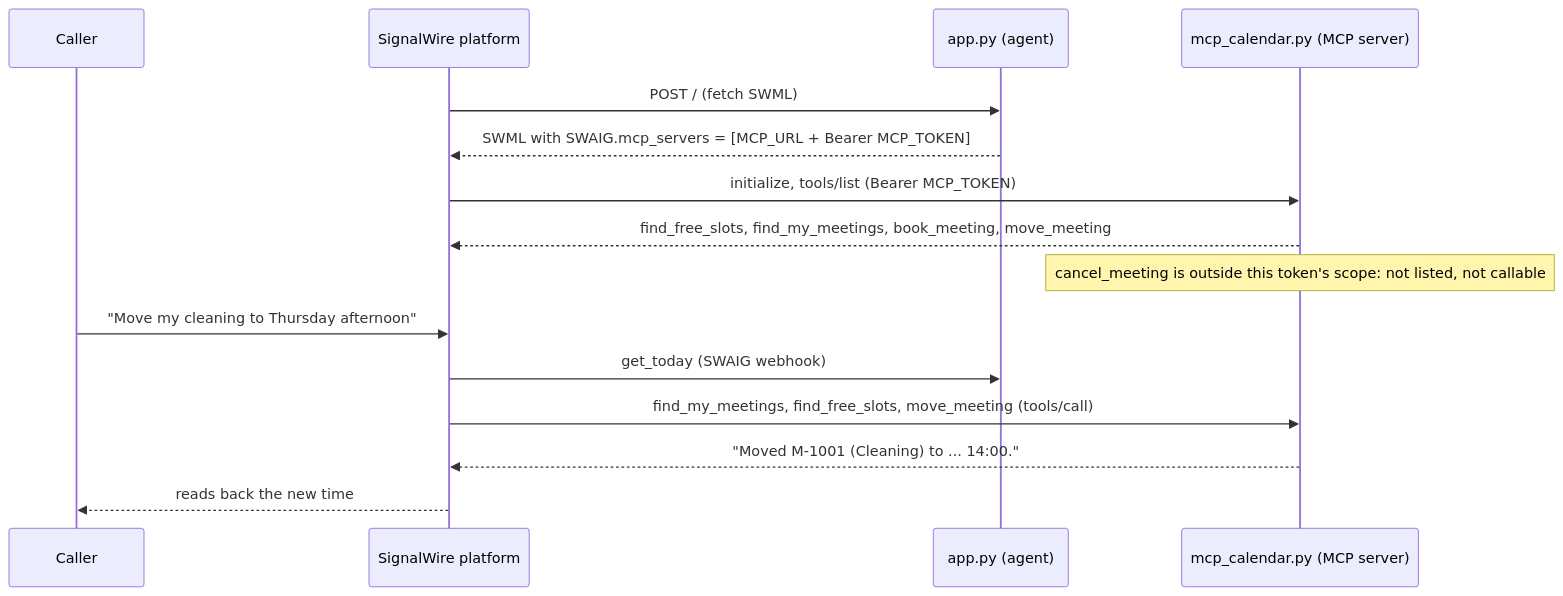
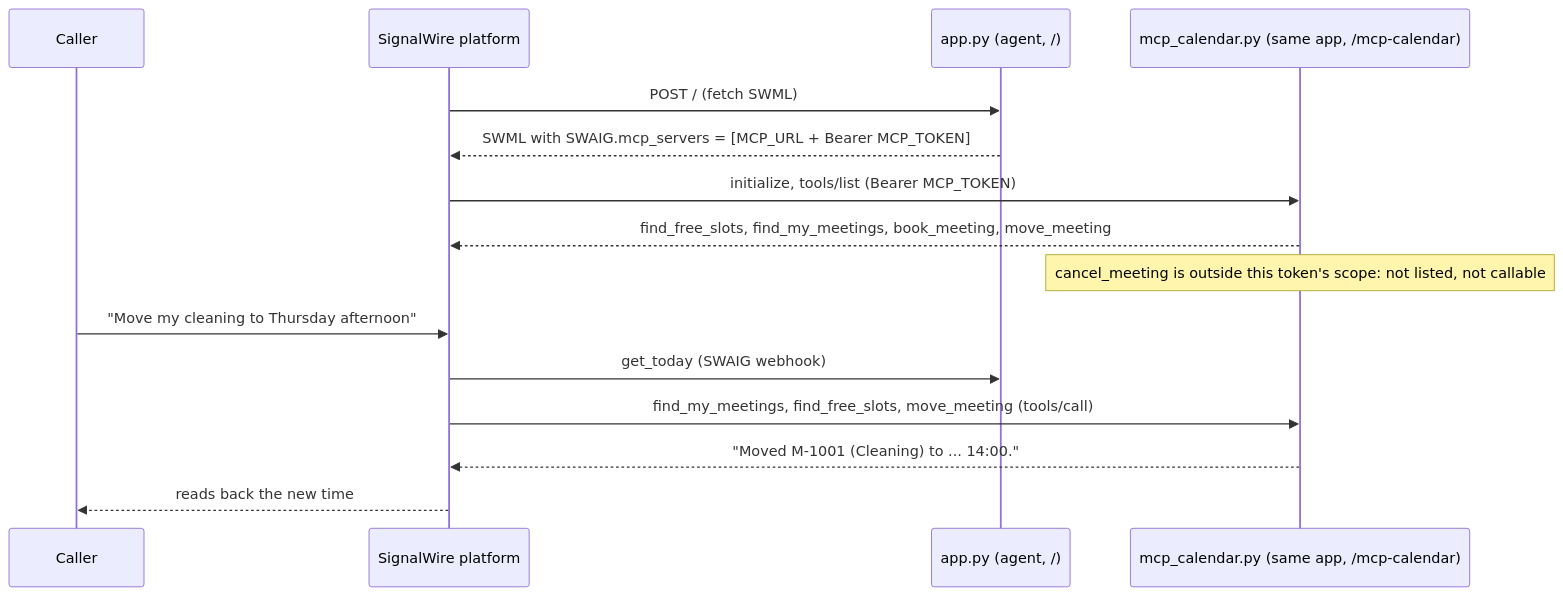
Before and after one commit to signalwire-demos/ai-recipes: the diagram in recipes/30-calendar-assistant-over-mcp/README.md, drawn with Mermaid. The commit also changed other lines of this file and 6 other files, not shown here.

Commit message:
Recipe 30: serve the reference MCP calendar from the agent app at /mcp-calendar; guard get_today loops (#41)

````diff
--- a/recipes/30-calendar-assistant-over-mcp/README.md
+++ b/recipes/30-calendar-assistant-over-mcp/README.md
@@ -44,17 +53,17 @@
 ```mermaid
 sequenceDiagram
     participant C as Caller
     participant SW as SignalWire platform
-    participant A as app.py (agent)
-    participant M as mcp_calendar.py (MCP server)
+    participant A as app.py (agent, /)
+    participant M as mcp_calendar.py (same app, /mcp-calendar)
     SW->>A: POST / (fetch SWML)
     A-->>SW: SWML with SWAIG.mcp_servers = [MCP_URL + Bearer MCP_TOKEN]
     SW->>M: initialize, tools/list (Bearer MCP_TOKEN)
     M-->>SW: find_free_slots, find_my_meetings, book_meeting, move_meeting
     Note over M: cancel_meeting is outside this token's scope: not listed, not callable
     C->>SW: "Move my cleaning to Thursday afternoon"
     SW->>A: get_today (SWAIG webhook)
     SW->>M: find_my_meetings, find_free_slots, move_meeting (tools/call)
     M-->>SW: "Moved M-1001 (Cleaning) to ... 14:00."
     SW-->>C: reads back the new time
 ```
````
